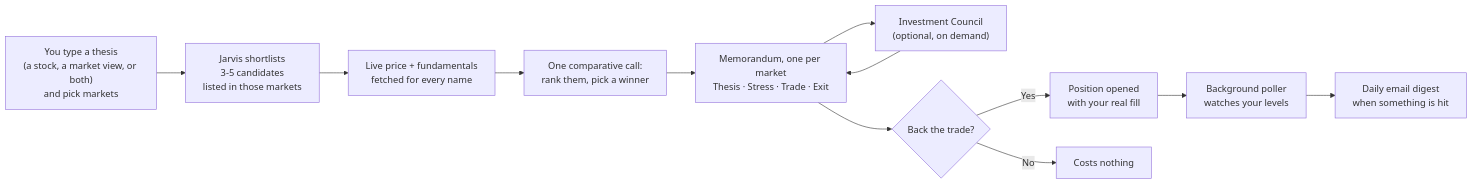
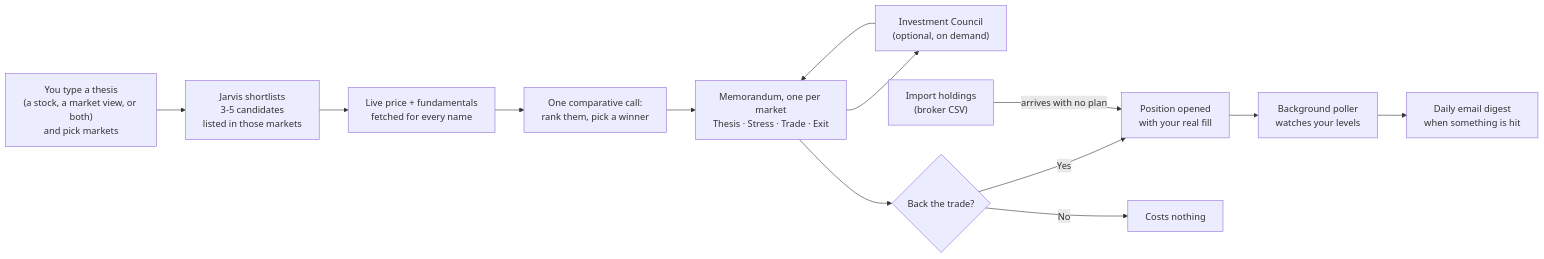
The first of 2 diagrams in README.md (harshf15-code/Jarvis_Investment_Thesis_Validator), drawn with Mermaid before and after one commit. The commit also changed other lines of this file and 24 other files, not shown here.

````diff
--- a/README.md
+++ b/README.md
@@ -43,14 +43,15 @@
 ```mermaid
 flowchart LR
     A["You type a thesis<br/>(a stock, a market view, or both)<br/>and pick markets"] --> B[Jarvis shortlists<br/>3-5 candidates<br/>listed in those markets]
     B --> C[Live price + fundamentals<br/>fetched for every name]
     C --> D[One comparative call:<br/>rank them, pick a winner]
     D --> E["Memorandum, one per market<br/>Thesis · Stress · Trade · Exit"]
     E --> K["Investment Council<br/>(optional, on demand)"]
     K --> E
     E --> F{Back the trade?}
     F -->|Yes| G[Position opened<br/>with your real fill]
     F -->|No| H[Costs nothing]
     G --> I[Background poller<br/>watches your levels]
     I --> J[Daily email digest<br/>when something is hit]
+    L["Import holdings<br/>(broker CSV)"] -->|arrives with no plan| G
 ```
````
